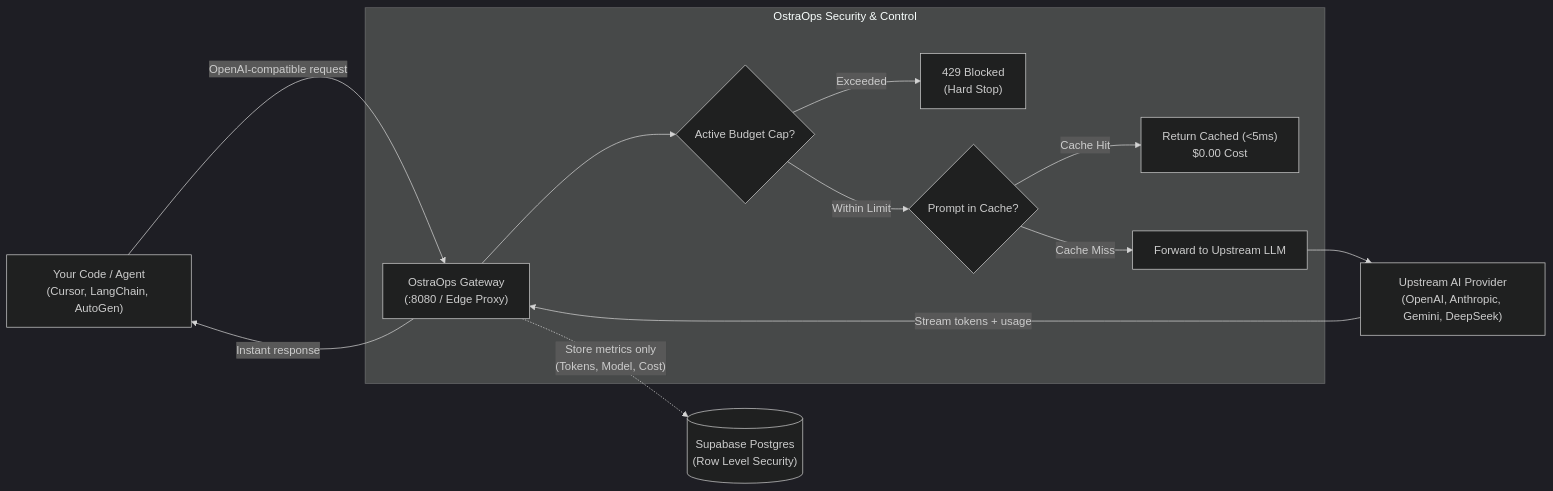
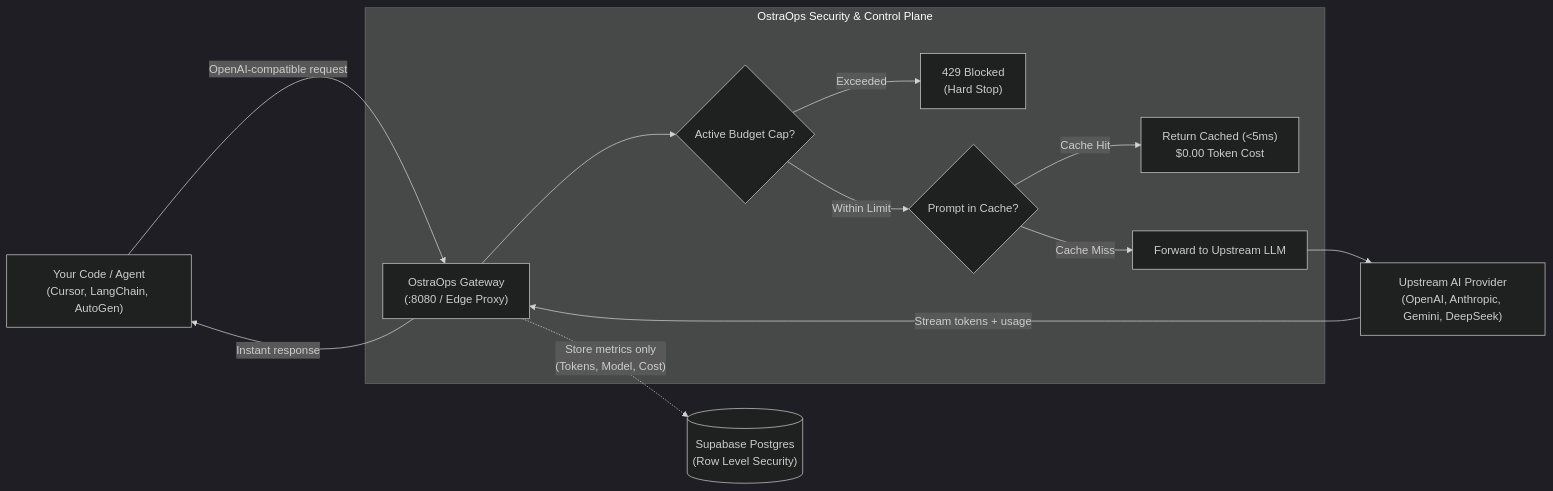
One commit to stoppingarc01-ai/Ostra-FinOps changed the diagram in README.md. Above: the diagram before and after it, drawn with Mermaid (dark theme). The commit also changed other lines of this file, not shown here.

````diff
--- a/README.md
+++ b/README.md
@@ -61,17 +45,17 @@
 ```mermaid
 flowchart LR
     A["Your Code / Agent\n(Cursor, LangChain, AutoGen)"] -->|"OpenAI-compatible request"| B["OstraOps Gateway\n(:8080 / Edge Proxy)"]
     
-    subgraph OstraOps Security & Control
+    subgraph OstraOps Security & Control Plane
         B --> C{"Active Budget Cap?"}
         C -- Exceeded --> D["429 Blocked\n(Hard Stop)"]
         C -- Within Limit --> E{"Prompt in Cache?"}
-        E -- Cache Hit --> F["Return Cached (<5ms)\n$0.00 Cost"]
+        E -- Cache Hit --> F["Return Cached (<5ms)\n$0.00 Token Cost"]
         E -- Cache Miss --> G["Forward to Upstream LLM"]
     end
     
     G --> H["Upstream AI Provider\n(OpenAI, Anthropic, Gemini, DeepSeek)"]
     H -->|"Stream tokens + usage"| B
     B -->|"Instant response"| A
     B -.->|"Store metrics only\n(Tokens, Model, Cost)"| I[("Supabase Postgres\n(Row Level Security)")]
 ```
````
